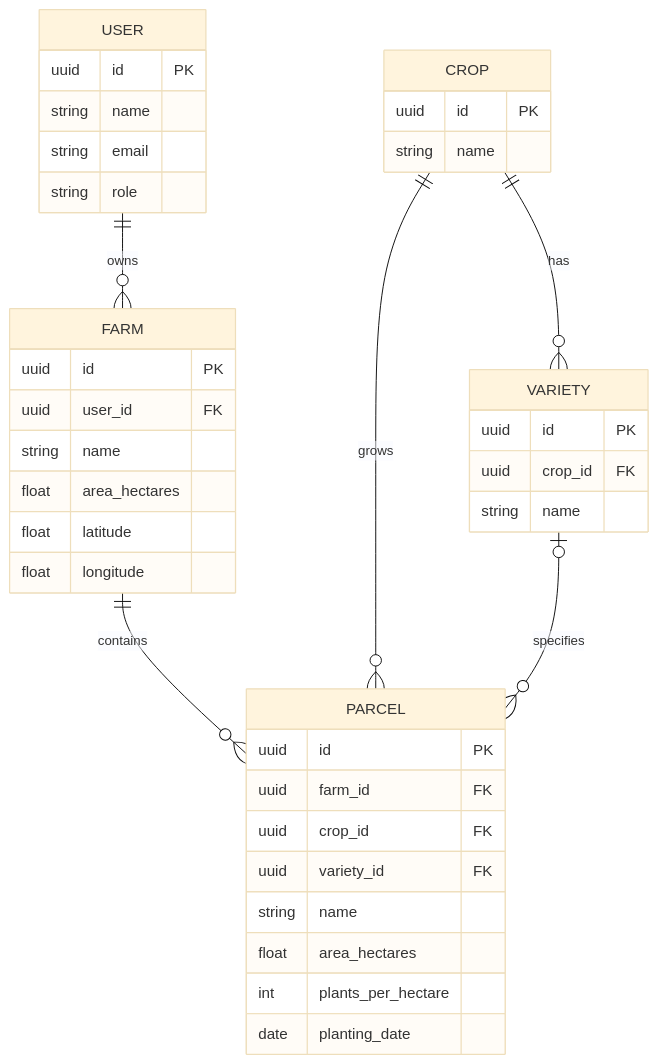
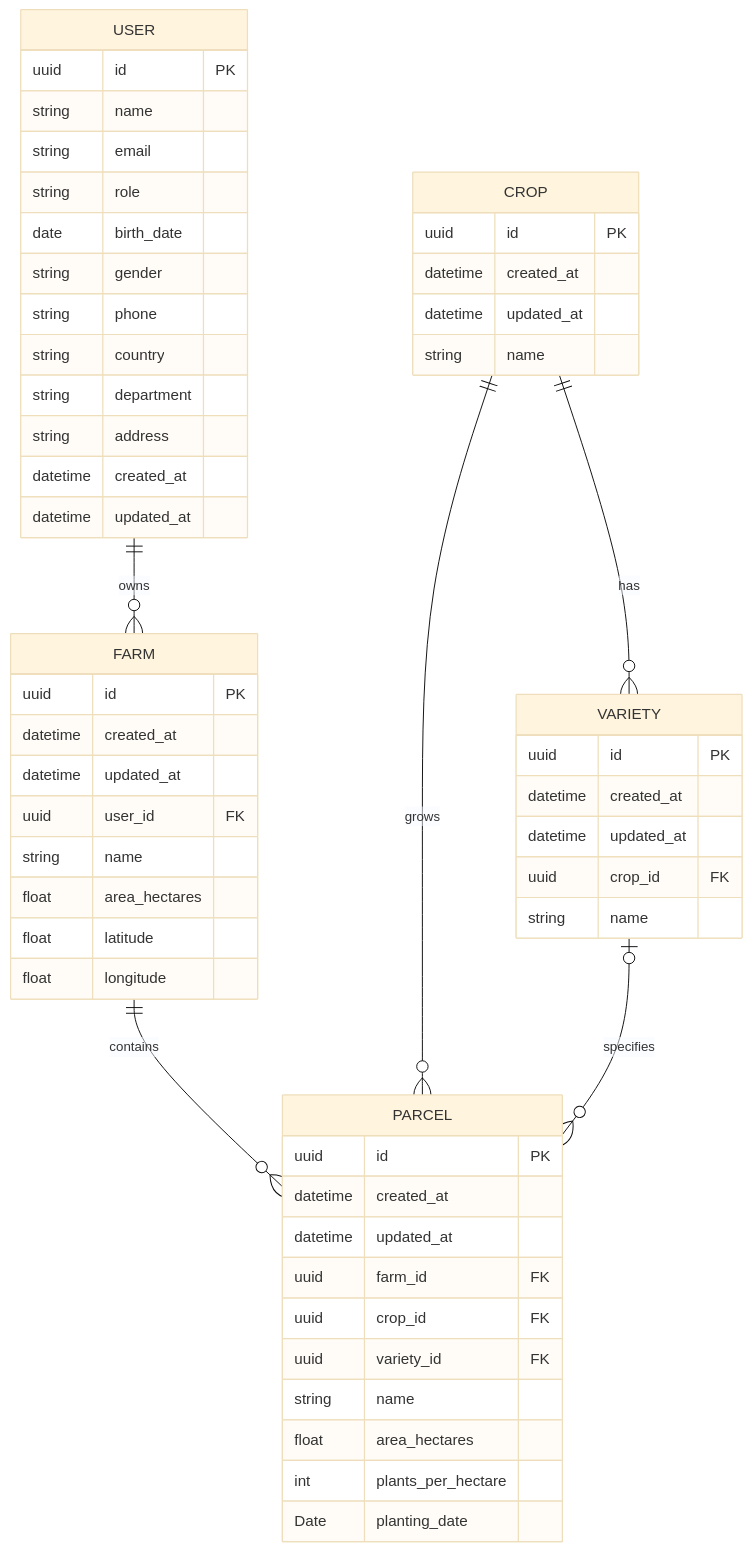
Before and after one commit to ferjovel06/Agrifos-Pre-Hackathon: the diagram in docs/diagrams/er_diagrams/er_core_farm.mmd, drawn with Mermaid (base theme). The commit also changed 5 other files, not shown here.

Commit message:
docs: update readme and diagrams

```diff
--- a/docs/diagrams/er_diagrams/er_core_farm.mmd
+++ b/docs/diagrams/er_diagrams/er_core_farm.mmd
@@ -1,40 +1,56 @@
 erDiagram
   USER ||--o{ FARM : owns
   FARM ||--o{ PARCEL : contains
   CROP ||--o{ PARCEL : grows
   CROP ||--o{ VARIETY : has
   VARIETY o|--o{ PARCEL : specifies
 
   USER {
     uuid id PK
     string name
     string email
     string role
+    date birth_date
+    string gender
+    string phone
+    string country
+    string department
+    string address
+    datetime created_at
+    datetime updated_at
   }
   FARM {
     uuid id PK
+    datetime created_at
+    datetime updated_at
     uuid user_id FK
     string name
     float area_hectares
     float latitude
     float longitude
   }
   PARCEL {
     uuid id PK
+    datetime created_at
+    datetime updated_at
     uuid farm_id FK
     uuid crop_id FK
     uuid variety_id FK
     string name
     float area_hectares
     int plants_per_hectare
-    date planting_date
+    Date planting_date
   }
   CROP {
     uuid id PK
+    datetime created_at
+    datetime updated_at
     string name
   }
   VARIETY {
     uuid id PK
+    datetime created_at
+    datetime updated_at
     uuid crop_id FK
     string name
   }
```
